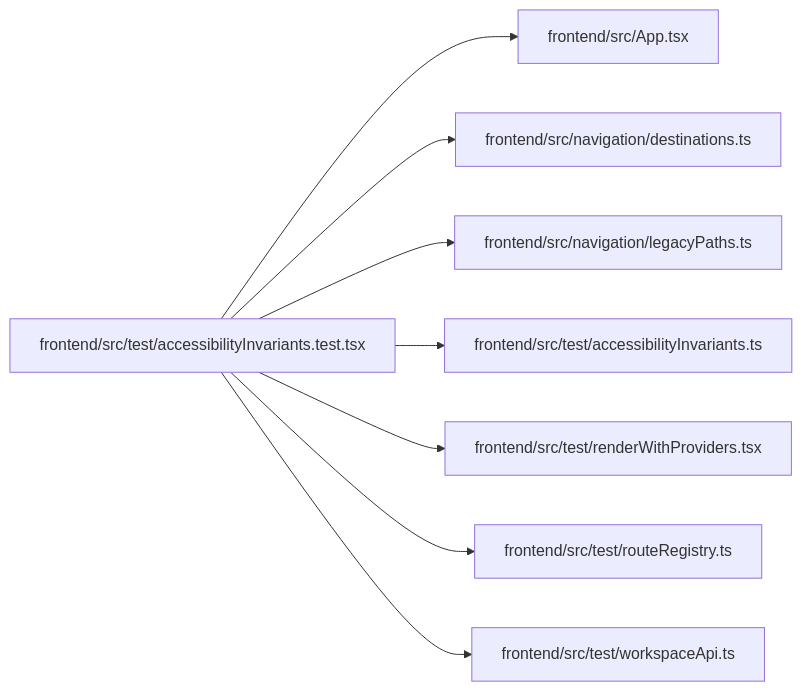
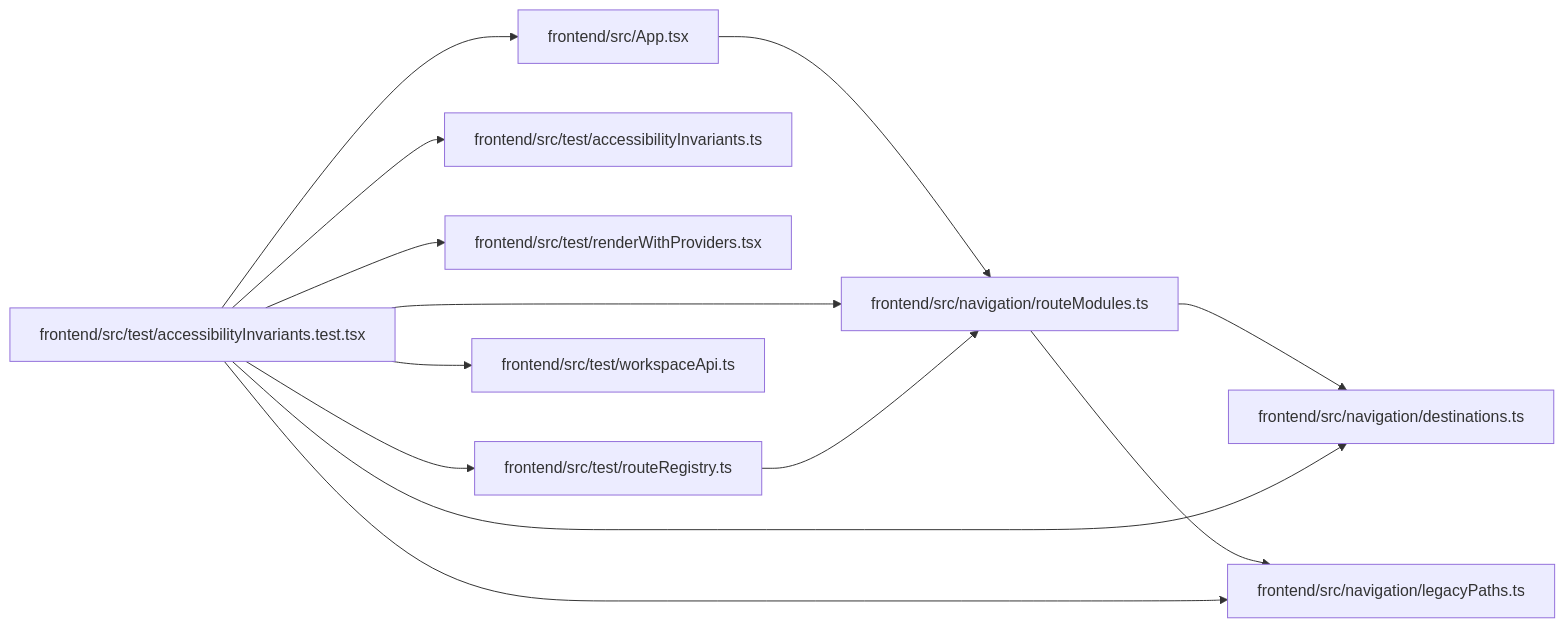
One commit to Denissvgn/WorkChord changed the diagram in docs/llm_wiki/modules/accessibilityInvariants.test.md. Above: the diagram before and after it, drawn with Mermaid. The commit also changed other lines of this file and 897 other files, not shown here.

````diff
--- a/docs/llm_wiki/modules/accessibilityInvariants.test.md
+++ b/docs/llm_wiki/modules/accessibilityInvariants.test.md
@@ -35,26 +36,33 @@
 ```mermaid
 flowchart LR
     n0["frontend/src/App.tsx"]
     n1["frontend/src/navigation/destinations.ts"]
     n2["frontend/src/navigation/legacyPaths.ts"]
-    n3["frontend/src/test/accessibilityInvariants.test.tsx"]
-    n4["frontend/src/test/accessibilityInvariants.ts"]
-    n5["frontend/src/test/renderWithProviders.tsx"]
-    n6["frontend/src/test/routeRegistry.ts"]
-    n7["frontend/src/test/workspaceApi.ts"]
-    n3 --> n0
+    n3["frontend/src/navigation/routeModules.ts"]
+    n4["frontend/src/test/accessibilityInvariants.test.tsx"]
+    n5["frontend/src/test/accessibilityInvariants.ts"]
+    n6["frontend/src/test/renderWithProviders.tsx"]
+    n7["frontend/src/test/routeRegistry.ts"]
+    n8["frontend/src/test/workspaceApi.ts"]
+    n0 --> n3
     n3 --> n1
     n3 --> n2
-    n3 --> n4
-    n3 --> n5
-    n3 --> n6
-    n3 --> n7
+    n4 --> n0
+    n4 --> n1
+    n4 --> n2
+    n4 --> n3
+    n4 --> n5
+    n4 --> n6
+    n4 --> n7
+    n4 --> n8
+    n7 --> n3
     click n0 "../modules/App.md"
     click n1 "../modules/destinations.md"
     click n2 "../modules/legacyPaths.md"
-    click n3 "../modules/accessibilityInvariants.test.md"
-    click n4 "../modules/accessibilityInvariants.md"
-    click n5 "../modules/renderWithProviders.md"
-    click n6 "../modules/routeRegistry.md"
-    click n7 "../modules/workspaceApi.md"
+    click n3 "../modules/routeModules.md"
+    click n4 "../modules/accessibilityInvariants.test.md"
+    click n5 "../modules/accessibilityInvariants.md"
+    click n6 "../modules/renderWithProviders.md"
+    click n7 "../modules/routeRegistry.md"
+    click n8 "../modules/workspaceApi.md"
 ```
````
